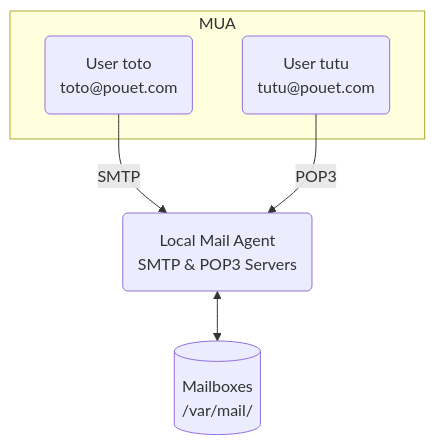
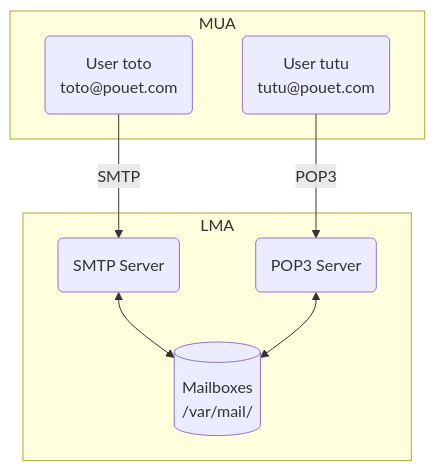
Before and after one commit to orel33/local-mail-agent: the diagram in README.md, drawn with Mermaid.

````diff
--- a/README.md
+++ b/README.md
@@ -43,12 +43,15 @@
 ```mermaid
 flowchart TD;
     subgraph MUA
         MUA1("User toto\n toto@pouet.com");
         MUA2("User tutu\n tutu@pouet.com");
     end
-    LMA("Local Mail Agent\n SMTP & POP3 Servers")
-    MX[("Mailboxes\n /var/mail/")];
-    MUA1 -- SMTP --> LMA;
-    MUA2 -- POP3 --> LMA;
-    LMA <--> MX;
+    subgraph LMA
+        SSMTP("SMTP Server");
+        SPOP3("POP3 Server");
+        MX[("Mailboxes\n /var/mail/")];
+    end
+    MUA1 -- SMTP --> SSMTP;
+    MUA2 -- POP3 --> SPOP3;
+    SSMTP & SPOP3 <--> MX;
 ```
````
